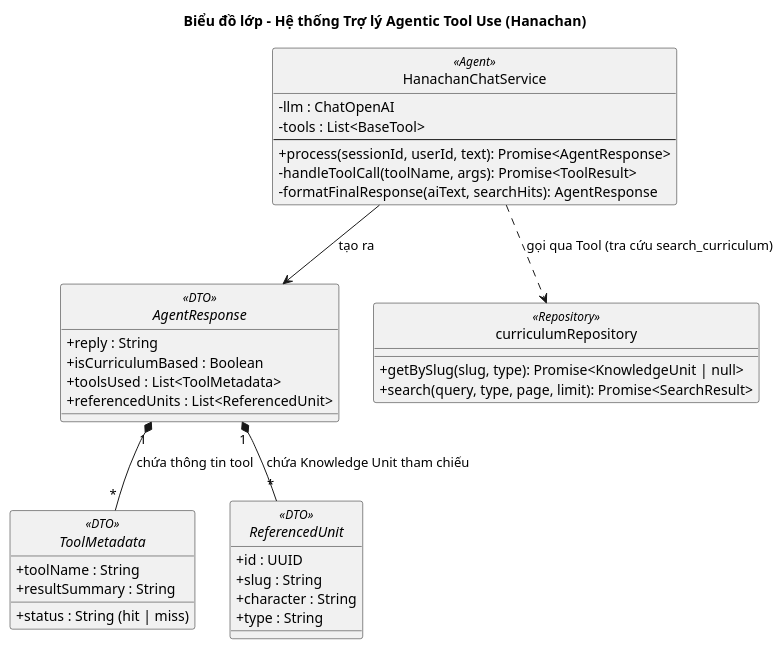
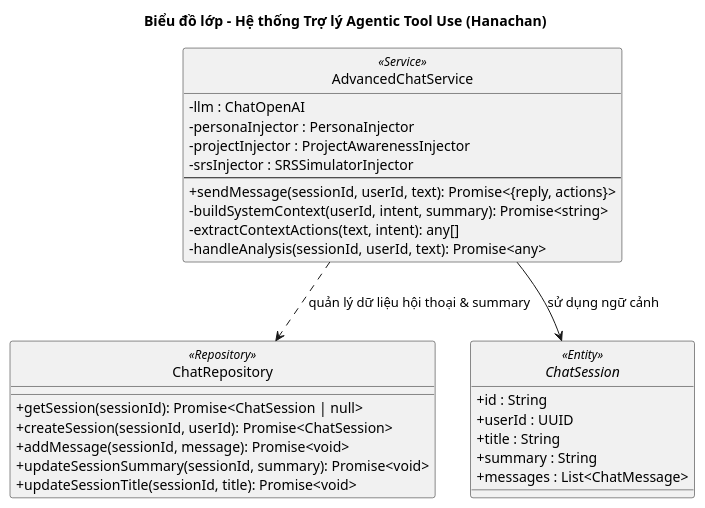
The diagram in docs/uncertain/class-diagram/chatbot.md (anhtranguyen-github/Hanachan), drawn with PlantUML before and after one commit. The commit also changed other lines of this file and 41 other files, not shown here.

````diff
--- a/docs/uncertain/class-diagram/chatbot.md
+++ b/docs/uncertain/class-diagram/chatbot.md
@@ -5,47 +5,39 @@
 ```plantuml
 @startuml
 title Biểu đồ lớp - Hệ thống Trợ lý Agentic Tool Use (Hanachan)
 skinparam classAttributeIconSize 0
 skinparam shadowing false
 hide circle
 
-class HanachanChatService <<Agent>> {
+class AdvancedChatService <<Service>> {
   - llm : ChatOpenAI
-  - tools : List<BaseTool>
+  - personaInjector : PersonaInjector
+  - projectInjector : ProjectAwarenessInjector
+  - srsInjector : SRSSimulatorInjector
   --
-  + process(sessionId, userId, text): Promise<AgentResponse>
-  - handleToolCall(toolName, args): Promise<ToolResult>
-  - formatFinalResponse(aiText, searchHits): AgentResponse
+  + sendMessage(sessionId, userId, text): Promise<{reply, actions}>
+  - buildSystemContext(userId, intent, summary): Promise<string>
+  - extractContextActions(text, intent): any[]
+  - handleAnalysis(sessionId, userId, text): Promise<any>
 }
 
-interface AgentResponse <<DTO>> {
-  + reply : String
-  + isCurriculumBased : Boolean
-  + toolsUsed : List<ToolMetadata>
-  + referencedUnits : List<ReferencedUnit>
+class ChatRepository <<Repository>> {
+  + getSession(sessionId): Promise<ChatSession | null>
+  + createSession(sessionId, userId): Promise<ChatSession>
+  + addMessage(sessionId, message): Promise<void>
+  + updateSessionSummary(sessionId, summary): Promise<void>
+  + updateSessionTitle(sessionId, title): Promise<void>
 }
 
-interface ToolMetadata <<DTO>> {
-  + toolName : String
-  + status : String (hit | miss)
-  + resultSummary : String
+interface ChatSession <<Entity>> {
+  + id : String
+  + userId : UUID
+  + title : String
+  + summary : String
+  + messages : List<ChatMessage>
 }
 
-interface ReferencedUnit <<DTO>> {
-  + id : UUID
-  + slug : String
-  + character : String
-  + type : String
-}
-
-class curriculumRepository <<Repository>> {
-  + getBySlug(slug, type): Promise<KnowledgeUnit | null>
-  + search(query, type, page, limit): Promise<SearchResult>
-}
-
-HanachanChatService ..> curriculumRepository : gọi qua Tool (tra cứu search_curriculum)
-HanachanChatService --> AgentResponse : tạo ra
-AgentResponse "1" *-- "*" ToolMetadata : chứa thông tin tool
-AgentResponse "1" *-- "*" ReferencedUnit : chứa Knowledge Unit tham chiếu
+AdvancedChatService ..> ChatRepository : quản lý dữ liệu hội thoại & summary
+AdvancedChatService --> ChatSession : sử dụng ngữ cảnh
 @enduml
 ```
````
